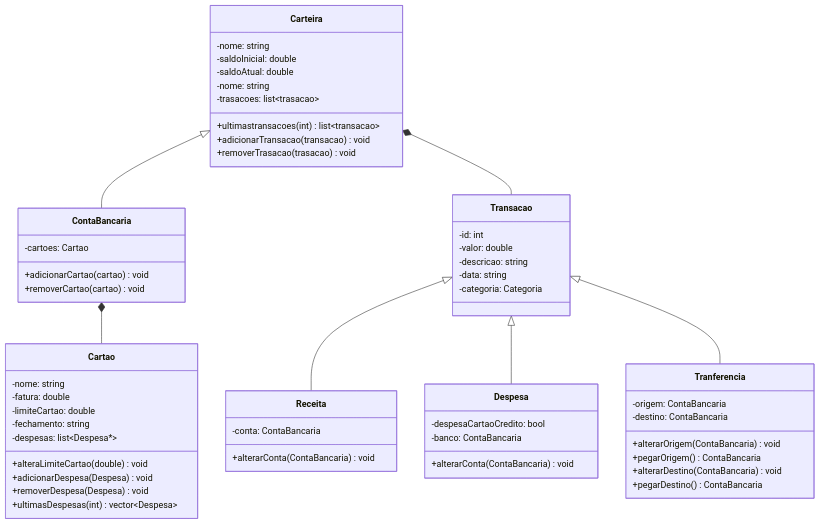
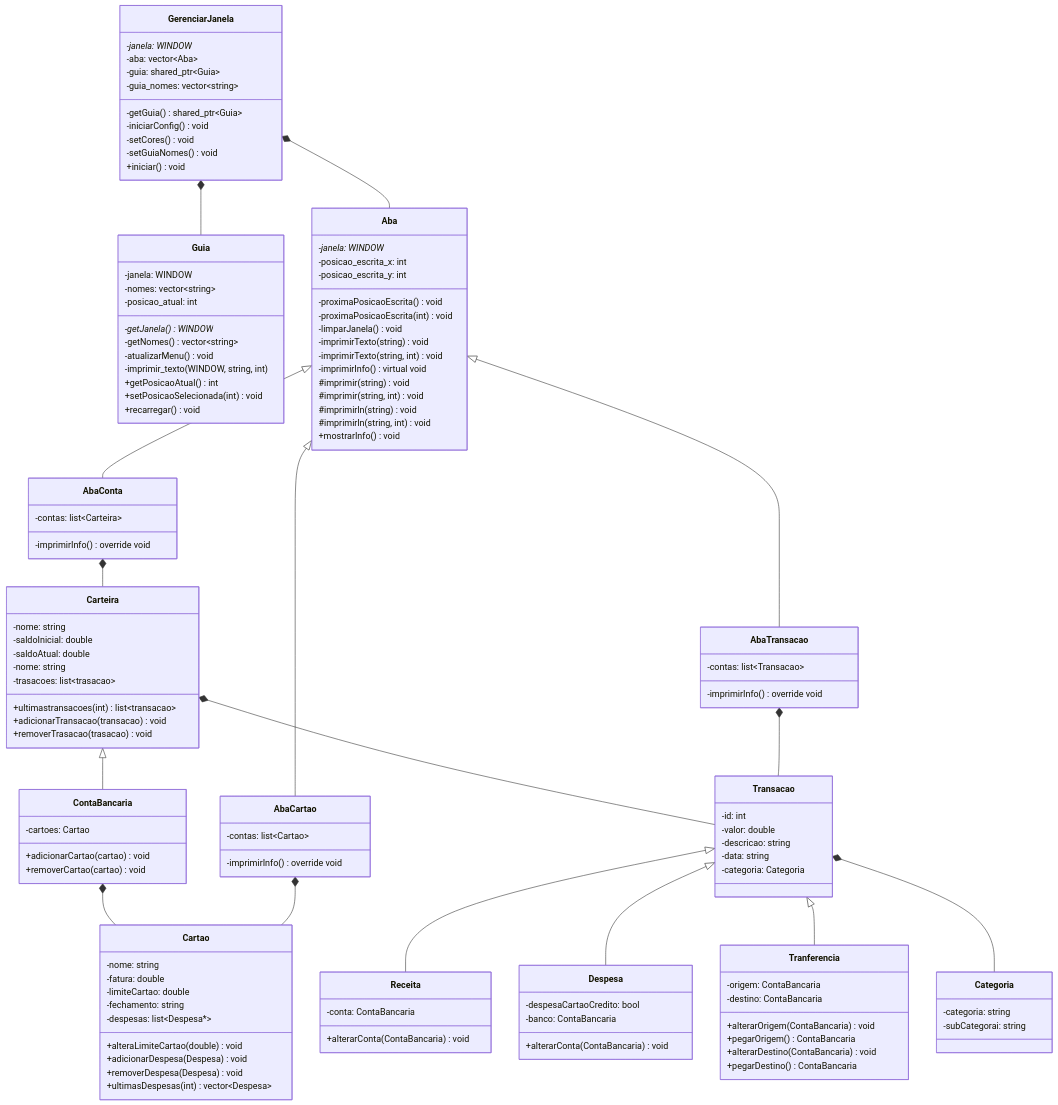
Before and after one commit to Le0-1/projeto-final-pd2: the diagram in docs/diagrama.md, drawn with Mermaid.

Commit message:
atualizar diagrama

````diff
--- a/docs/diagrama.md
+++ b/docs/diagrama.md
@@ -73,4 +73,86 @@
     +alterarDestino(ContaBancaria) void
     +pegarDestino() ContaBancaria
 }
+
+Transacao *-- Categoria
+
+class Categoria {
+    -categoria: string
+    -subCategorai: string
+}
+
+class GerenciarJanela {
+    -janela: WINDOW*
+    -aba: vector~Aba~
+    -guia: shared_ptr~Guia~
+    -guia_nomes: vector~string~
+    
+    -getGuia() shared_ptr~Guia~
+    -iniciarConfig() void
+    -setCores() void
+    -setGuiaNomes() void
+    +iniciar() void
+}
+
+GerenciarJanela *-- Guia
+GerenciarJanela *-- Aba
+
+class Guia {
+    -janela: WINDOW
+    -nomes: vector~string~
+    -posicao_atual: int
+
+    -getJanela() WINDOW*
+    -getNomes() vector~string~
+    -atualizarMenu() void
+    -imprimir_texto(WINDOW, string, int)
+    +getPosicaoAtual() int
+    +setPosicaoSelecionada(int) void
+    +recarregar() void
+}
+
+class Aba {
+    -janela: WINDOW*
+    -posicao_escrita_x: int 
+    -posicao_escrita_y: int
+
+    -proximaPosicaoEscrita() void
+    -proximaPosicaoEscrita(int) void
+    -limparJanela() void
+    -imprimirTexto(string) void
+    -imprimirTexto(string, int) void
+    -imprimirInfo() virtual void
+    #imprimir(string) void
+    #imprimir(string, int) void
+    #imprimirln(string) void
+    #imprimirln(string, int) void
+    +mostrarInfo() void
+}
+
+Aba <|-- AbaConta
+Aba <|-- AbaCartao
+Aba <|-- AbaTransacao
+
+class AbaConta {
+    -contas: list~Carteira~
+    
+    -imprimirInfo() override void
+}
+
+class AbaCartao {
+    -contas: list~Cartao~
+    
+    -imprimirInfo() override void
+}
+
+class AbaTransacao {
+    -contas: list~Transacao~
+    
+    -imprimirInfo() override void
+}
+
+AbaConta *-- Carteira
+AbaCartao *-- Cartao
+AbaTransacao *-- Transacao
+
 ```
````
